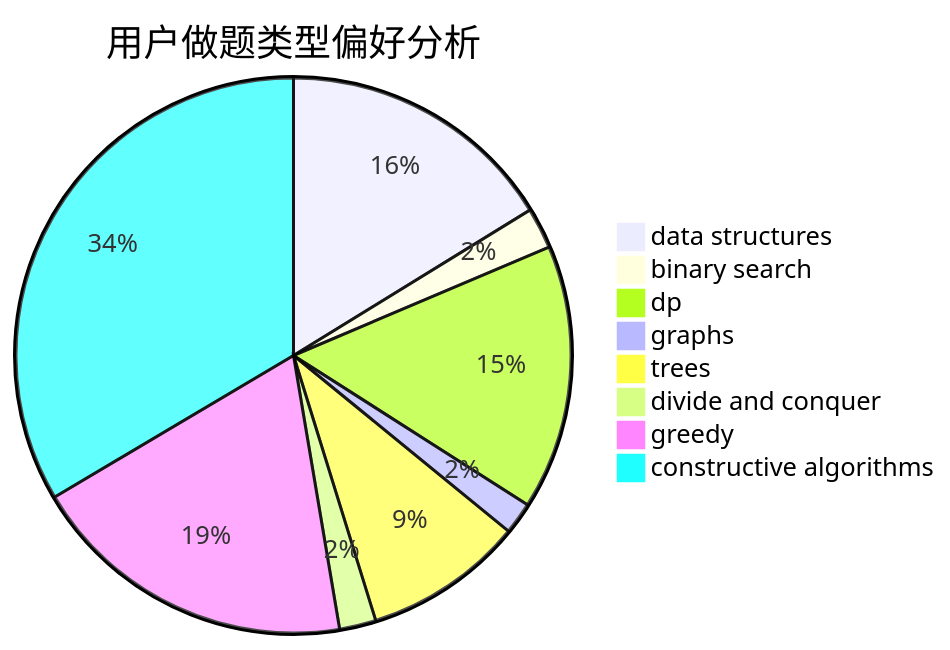
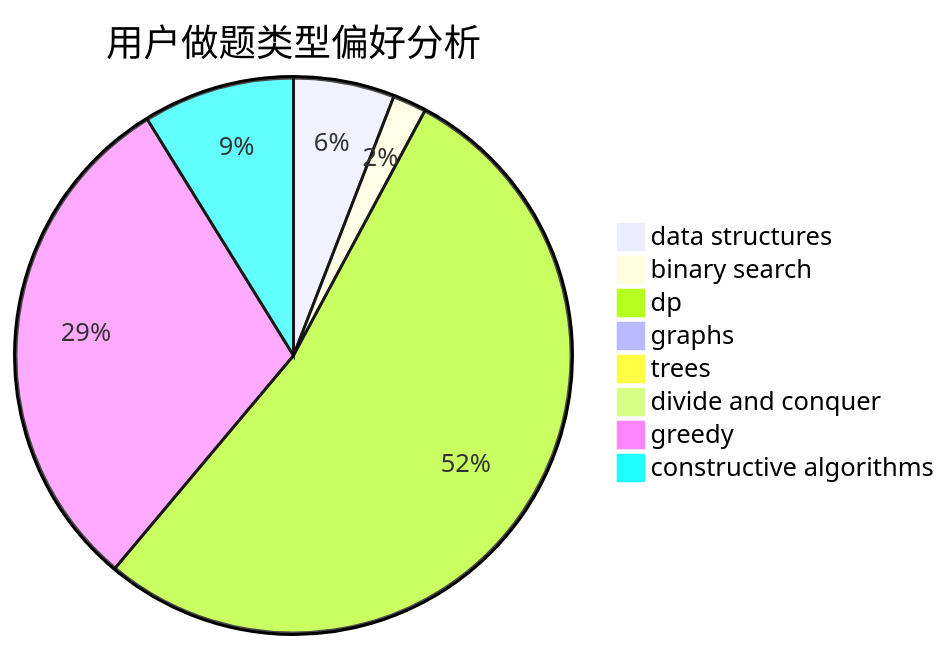
Before and after one commit to sherpahu/cfrs.github.io: the second of 3 diagrams in docs/user/u2743.md, drawn with Mermaid. The commit also changed other lines of this file and 2770 other files, not shown here.

````diff
--- a/docs/user/u2743.md
+++ b/docs/user/u2743.md
@@ -23,11 +23,11 @@
 ```mermaid
 pie title 用户做题类型偏好分析
-    "data structures" :  61
-    "binary search" :  9
-    "dp" :  58
-    "graphs" :  7
-    "trees" :  35
-    "divide and conquer" :  8
-    "greedy" :  72
-    "constructive algorithms" :  126
+    "data structures" :  18
+    "binary search" :  6
+    "dp" :  163
+    "graphs" :  3
+    "trees" :  3
+    "divide and conquer" :  0
+    "greedy" :  92
+    "constructive algorithms" :  27
 ```
````
